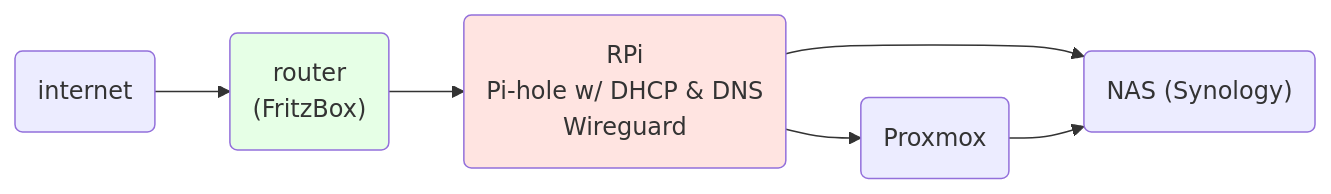
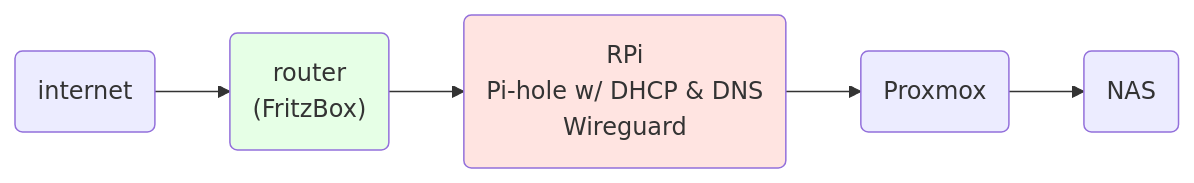
Before and after one commit to draptik/2025-selfhosting: the third of 5 diagrams in presentation/slides.md, drawn with Mermaid. The commit also changed other lines of this file, not shown here.

````diff
--- a/presentation/slides.md
+++ b/presentation/slides.md
@@ -155,18 +157,17 @@
 ```mermaid
 flowchart LR
 
   cloud("internet")
   router("router<br/>(FritzBox)")
   pihole("RPi<br/>Pi-hole w/ DHCP & DNS<br/>Wireguard")
-  nas("NAS (Synology)")
+  nas("NAS")
   proxmox("Proxmox")
 
   cloud --> router
   router --> pihole
   pihole --> proxmox
-  pihole --> nas
   proxmox --> nas
 
   style router fill:#e6ffe6
   style pihole fill:#ffe4e1
 ```
````
